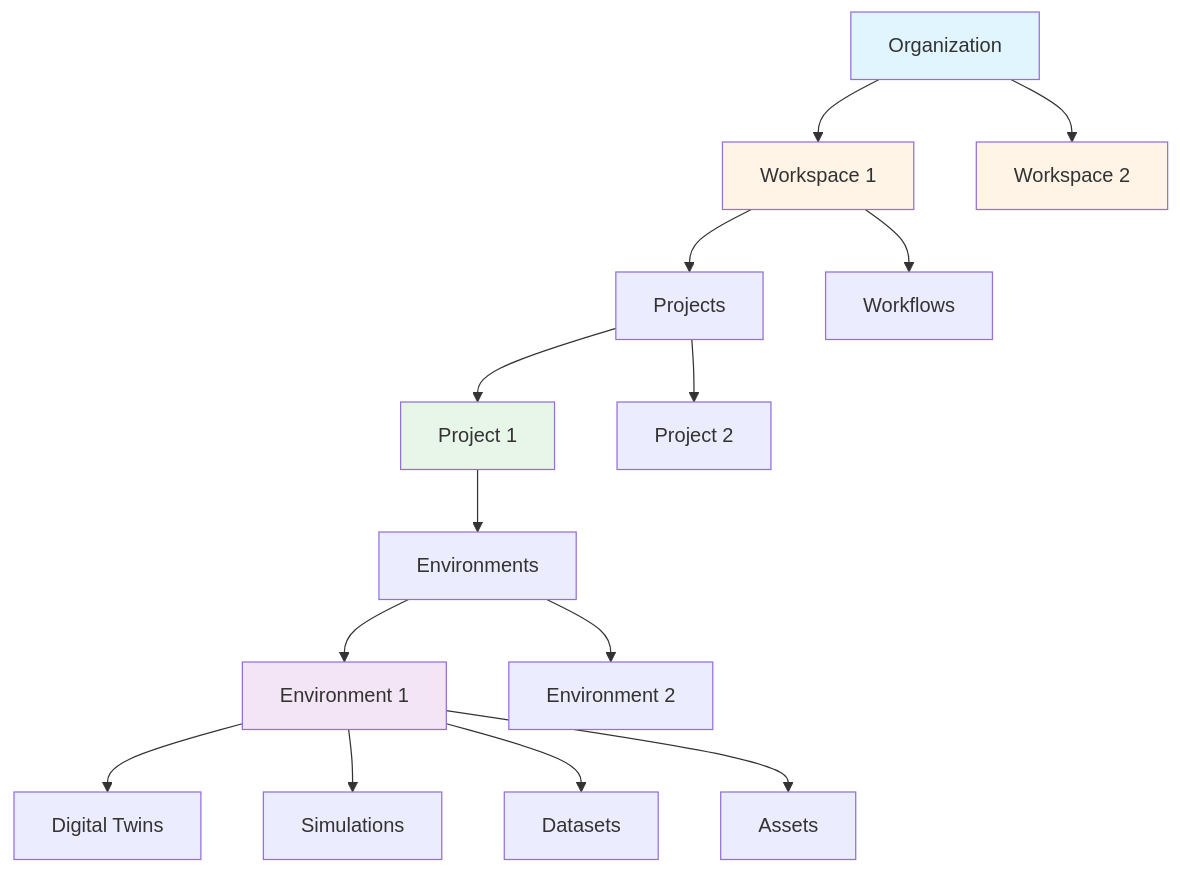
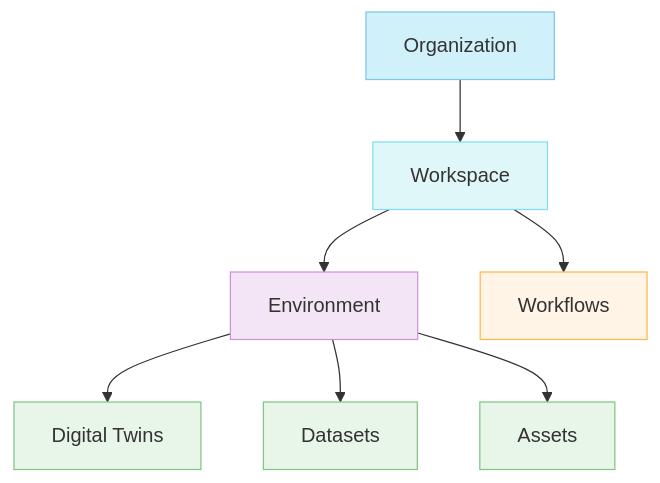
One commit to cyberwave-os/docs-mintlify changed the diagram in get-started/core-data-hierarchy.mdx. Above: the diagram before and after it, drawn with Mermaid. The commit also changed other lines of this file and 2 other files, not shown here.

````diff
--- a/get-started/core-data-hierarchy.mdx
+++ b/get-started/core-data-hierarchy.mdx
@@ -15,27 +19,17 @@
 ```mermaid
 graph TD
-    A[Organization] --> B[Workspace 1]
-    A --> C[Workspace 2]
-    
-    B --> D[Projects]
-    B --> E[Workflows]
-    
-    D --> F[Project 1]
-    D --> G[Project 2]
-    
-    F --> H[Environments]
-    
-    H --> I[Environment 1]
-    H --> J[Environment 2]
-    
-    I --> K[Digital Twins]
-    I --> L[Simulations]
-    I --> M[Datasets]
-    I --> N[Assets]
-    
-    style A fill:#e1f5ff
-    style B fill:#fff4e6
-    style C fill:#fff4e6
-    style F fill:#e8f5e9
-    style I fill:#f3e5f5
+    A[Organization] --> B[Workspace]
+    B --> C[Environment]
+    B --> D[Workflows]
+    C --> E[Digital Twins]
+    C --> F[Datasets]
+    C --> G[Assets]
+
+    style A fill:#d0f0fa,stroke:#7ec8e3,color:#333
+    style B fill:#e0f7fa,stroke:#80deea,color:#333
+    style C fill:#f3e5f5,stroke:#ce93d8,color:#333
+    style D fill:#fff4e6,stroke:#ffb74d,color:#333
+    style E fill:#e8f5e9,stroke:#81c784,color:#333
+    style F fill:#e8f5e9,stroke:#81c784,color:#333
+    style G fill:#e8f5e9,stroke:#81c784,color:#333
 ```
````
